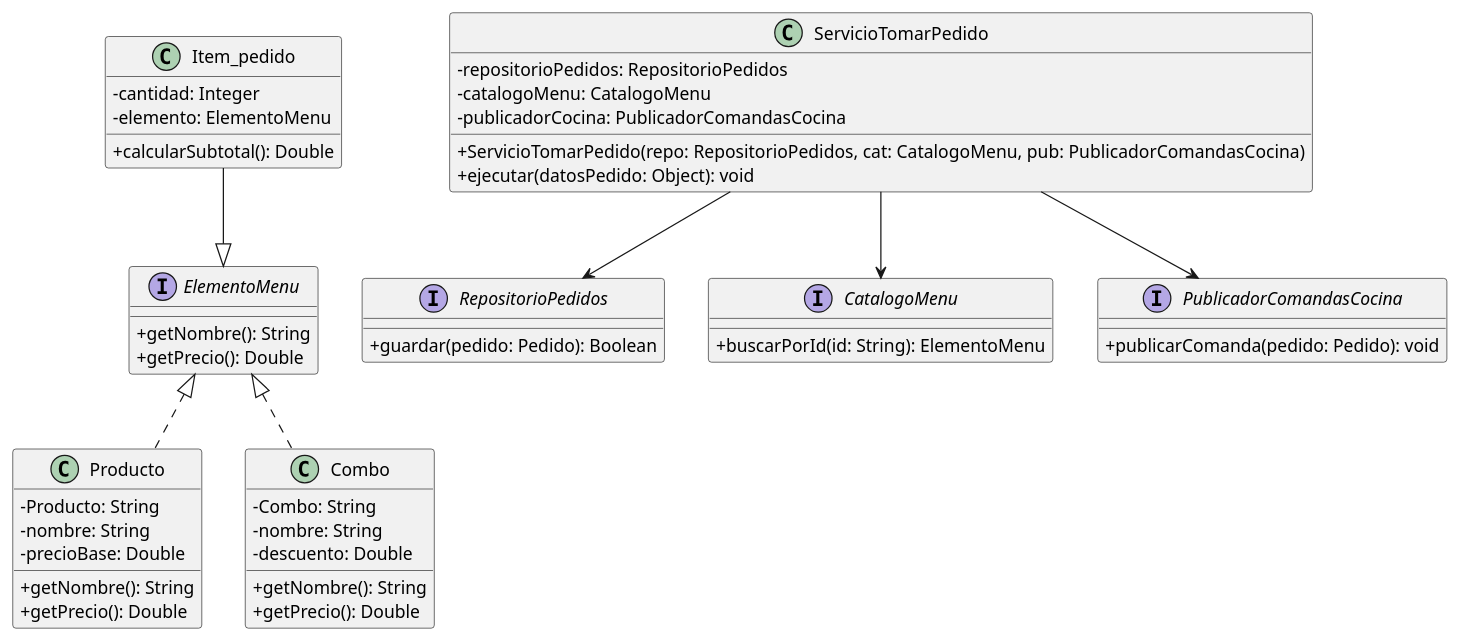
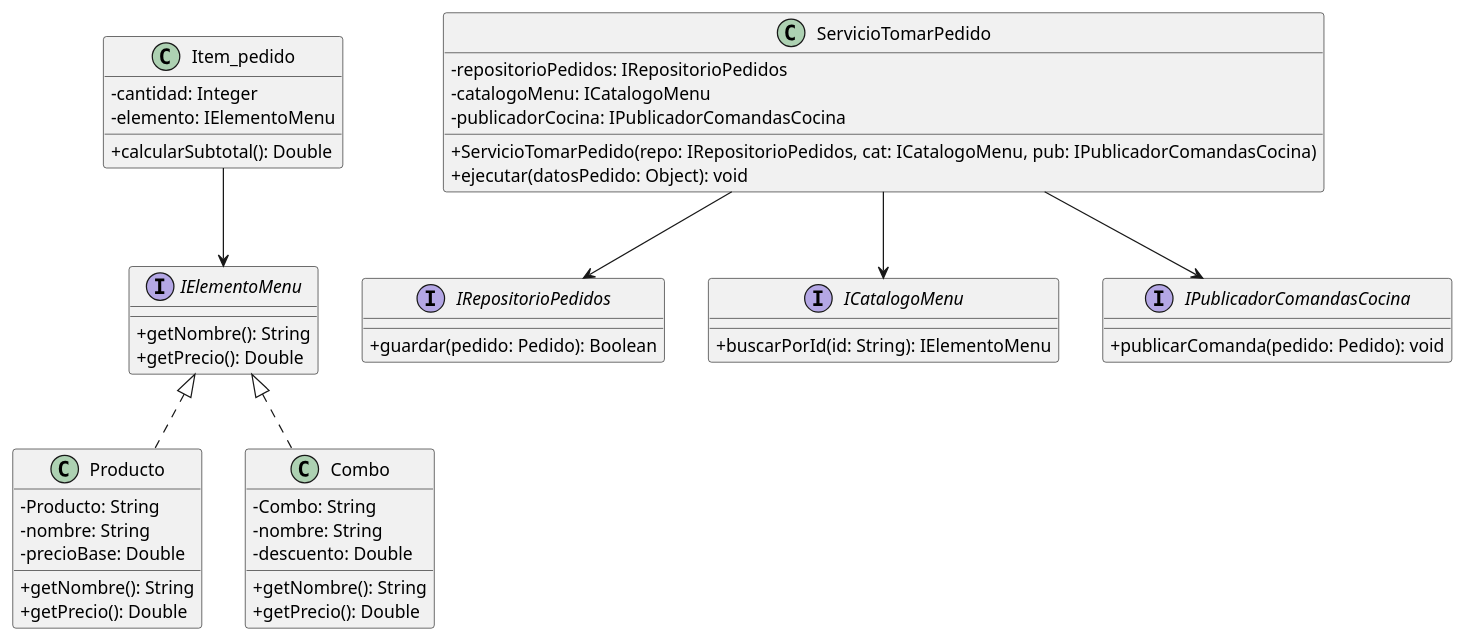
Before and after one commit to eloeyhe/SistemaPedidos: the diagram in diagramas/01-diagrama-clases/01-solid-05-dip.puml, drawn with PlantUML. The commit also changed 4 other files, not shown here.

First line of the commit message:
Corrijo diagrama DIP y nomenclatura de interfaces (RC1, RC15)

```diff
--- a/diagramas/01-diagrama-clases/01-solid-05-dip.puml
+++ b/diagramas/01-diagrama-clases/01-solid-05-dip.puml
@@ -1,63 +1,63 @@
 @startuml 01-solid-05-dip
 skinparam classAttributeIconSize 0
 
 ' Dominio y Abstracción del Catálogo
-interface ElementoMenu {
+interface IElementoMenu {
     + getNombre(): String
     + getPrecio(): Double
 }
 
-class Producto implements ElementoMenu {
+class Producto implements IElementoMenu {
     - Producto: String
     - nombre: String
     - precioBase: Double
     + getNombre(): String
     + getPrecio(): Double
 }
 
-class Combo implements ElementoMenu {
+class Combo implements IElementoMenu {
     - Combo: String
     - nombre: String
     - descuento: Double
     + getNombre(): String
     + getPrecio(): Double
 }
 
 class Item_pedido {
     - cantidad: Integer
-    - elemento: ElementoMenu
+    - elemento: IElementoMenu
     + calcularSubtotal(): Double
 
 }
 
-Item_pedido --|> ElementoMenu
+Item_pedido --> IElementoMenu
 
 ' Puertos de Infraestructura (Interfaces)
 
-interface RepositorioPedidos {
+interface IRepositorioPedidos {
     + guardar(pedido: Pedido): Boolean
 }
 
-interface CatalogoMenu {
-    + buscarPorId(id: String): ElementoMenu
+interface ICatalogoMenu {
+    + buscarPorId(id: String): IElementoMenu
 }
 
-interface PublicadorComandasCocina {
+interface IPublicadorComandasCocina {
     + publicarComanda(pedido: Pedido): void
 }
 
 ' Servicio de Aplicación e Inyección de Dependencias
 
 class ServicioTomarPedido {
-    - repositorioPedidos: RepositorioPedidos
-    - catalogoMenu: CatalogoMenu
-    - publicadorCocina: PublicadorComandasCocina
-    + ServicioTomarPedido(repo: RepositorioPedidos, cat: CatalogoMenu, pub: PublicadorComandasCocina)
+    - repositorioPedidos: IRepositorioPedidos
+    - catalogoMenu: ICatalogoMenu
+    - publicadorCocina: IPublicadorComandasCocina
+    + ServicioTomarPedido(repo: IRepositorioPedidos, cat: ICatalogoMenu, pub: IPublicadorComandasCocina)
     + ejecutar(datosPedido: Object): void
 }
 
-ServicioTomarPedido --> RepositorioPedidos
-ServicioTomarPedido --> CatalogoMenu
-ServicioTomarPedido --> PublicadorComandasCocina
+ServicioTomarPedido --> IRepositorioPedidos
+ServicioTomarPedido --> ICatalogoMenu
+ServicioTomarPedido --> IPublicadorComandasCocina
 
 @enduml
```
